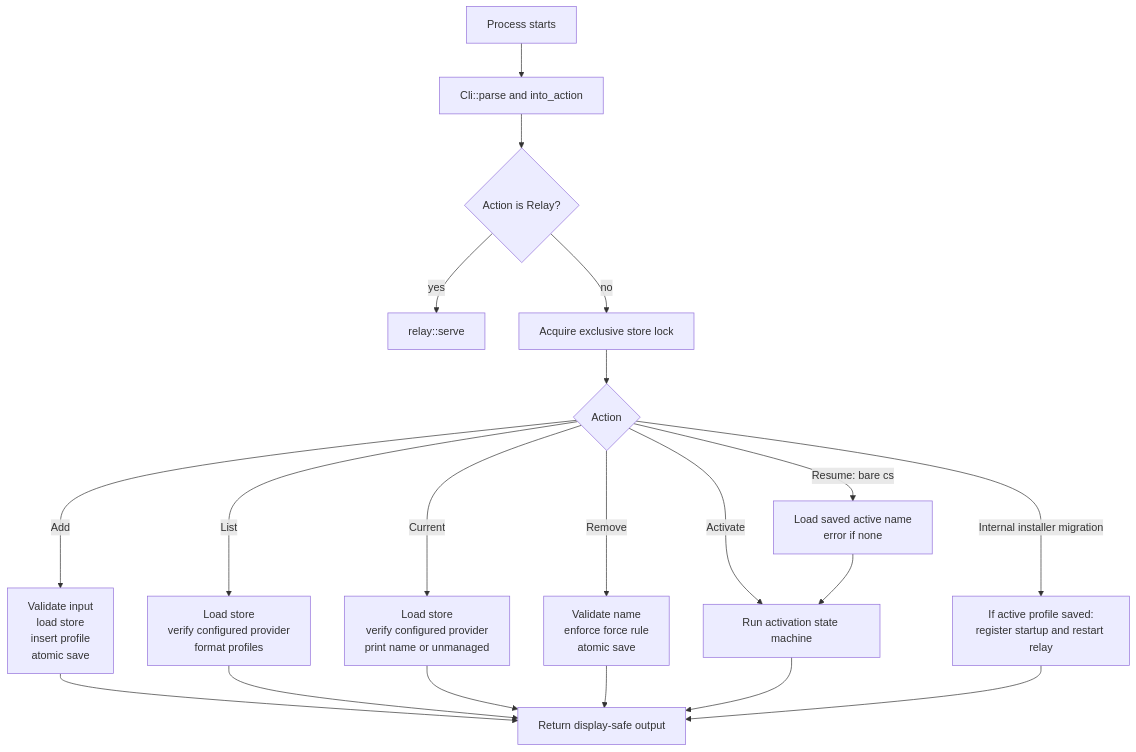
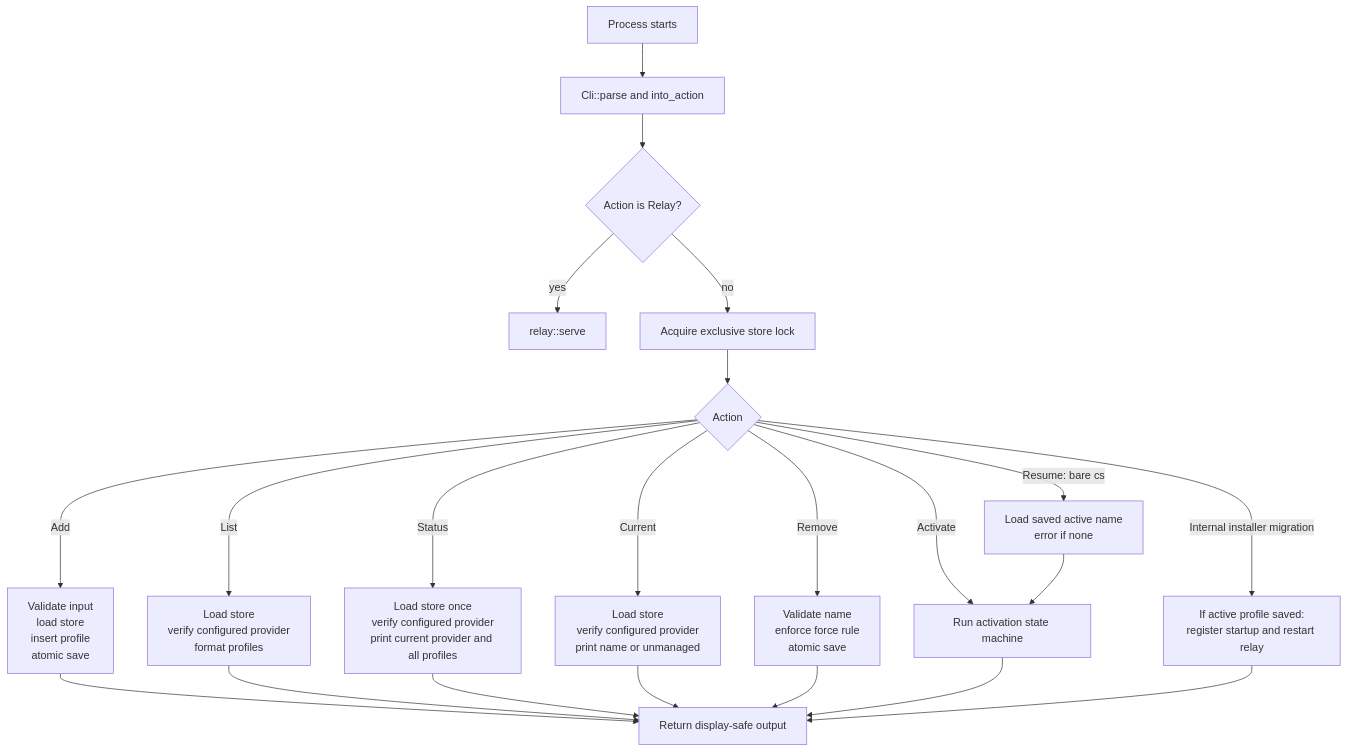
Before and after one commit to Comb1e/codex-switch: the fourth of 9 diagrams in docs/architecture.md, drawn with Mermaid. The commit also changed other lines of this file and 8 other files, not shown here.

Commit message:
feat(cli): show current and saved providers with status

````diff
--- a/docs/architecture.md
+++ b/docs/architecture.md
@@ -118,24 +118,26 @@
 ```mermaid
 flowchart TD
     Start[Process starts] --> Parse[Cli::parse and into_action]
     Parse --> RelayCheck{Action is Relay?}
     RelayCheck -->|yes| Serve[relay::serve]
     RelayCheck -->|no| Lock[Acquire exclusive store lock]
     Lock --> Dispatch{Action}
 
     Dispatch -->|Add| Add[Validate input<br/>load store<br/>insert profile<br/>atomic save]
     Dispatch -->|List| List[Load store<br/>verify configured provider<br/>format profiles]
+    Dispatch -->|Status| Status[Load store once<br/>verify configured provider<br/>print current provider and all profiles]
     Dispatch -->|Current| Current[Load store<br/>verify configured provider<br/>print name or unmanaged]
     Dispatch -->|Remove| Remove[Validate name<br/>enforce force rule<br/>atomic save]
     Dispatch -->|Activate| Activate[Run activation state machine]
     Dispatch -->|Resume: bare cs| Resume[Load saved active name<br/>error if none]
     Resume --> Activate
     Dispatch -->|Internal installer migration| Install[If active profile saved:<br/>register startup and restart relay]
 
     Add --> Output[Return display-safe output]
     List --> Output
+    Status --> Output
     Current --> Output
     Remove --> Output
     Activate --> Output
     Install --> Output
 ```
````
